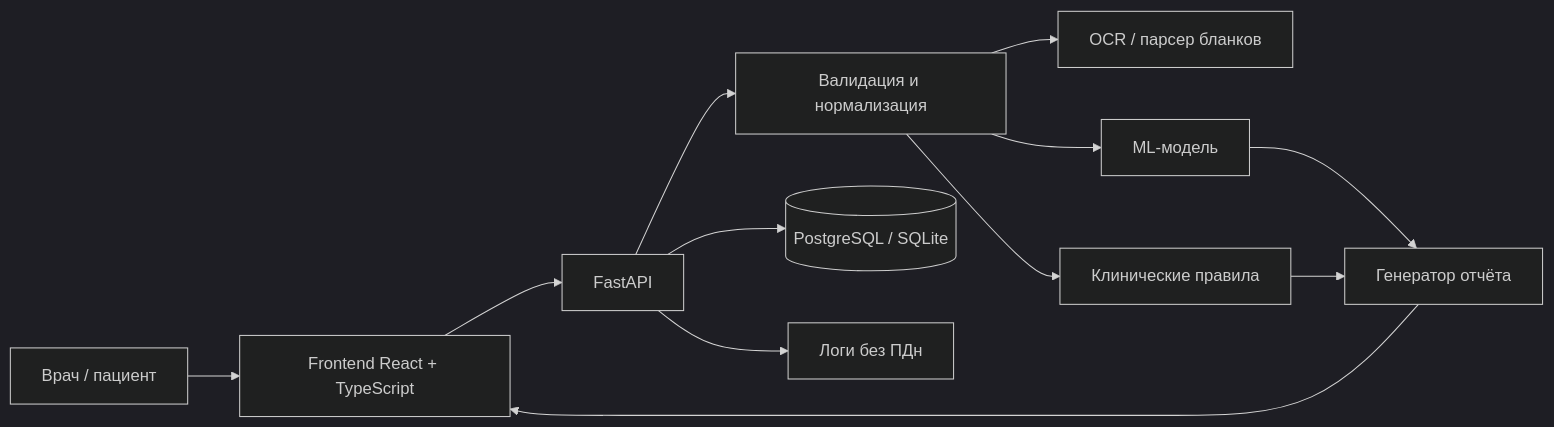
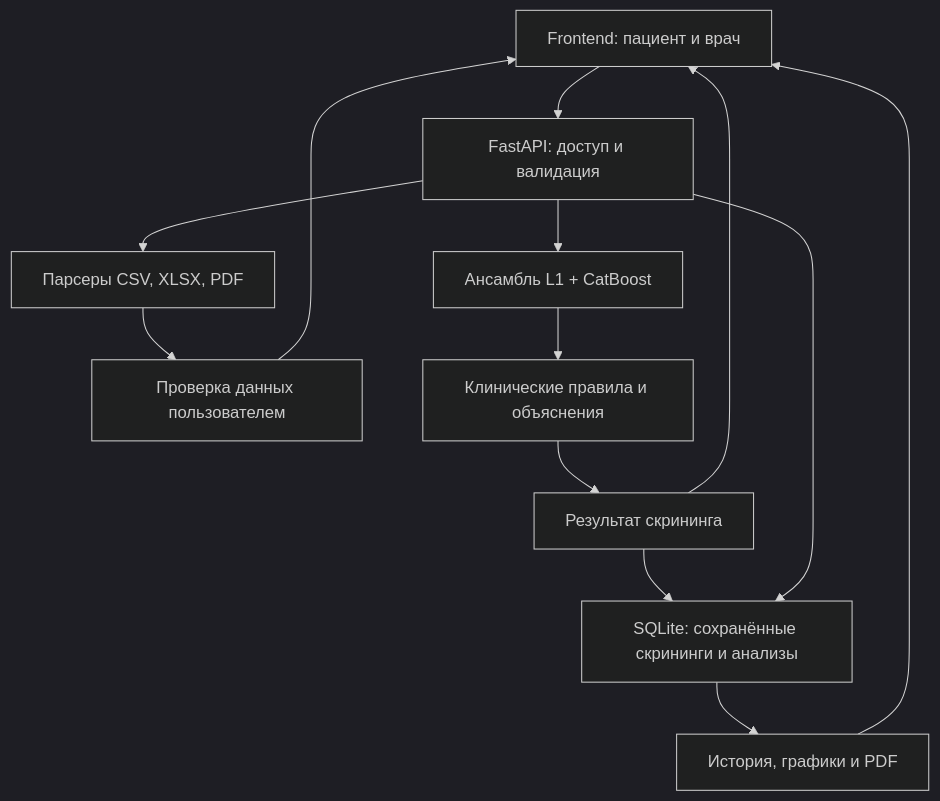
Before and after one commit to MaKudinets/Meditron_2026_Case_3: the diagram in README.md, drawn with Mermaid (dark theme). The commit also changed other lines of this file, not shown here.

````diff
--- a/README.md
+++ b/README.md
@@ -54,14 +65,15 @@
 ```mermaid
-flowchart LR
-    U[Врач / пациент] --> FE[Frontend React + TypeScript]
-    FE --> API[FastAPI]
-    API --> VAL[Валидация и нормализация]
-    VAL --> OCR[OCR / парсер бланков]
-    VAL --> ML[ML-модель]
-    VAL --> RULES[Клинические правила]
-    ML --> REPORT[Генератор отчёта]
-    RULES --> REPORT
-    REPORT --> FE
-    API --> DB[(PostgreSQL / SQLite)]
-    API --> LOGS[Логи без ПДн]
+flowchart TD
+    UI["Frontend: пациент и врач"] --> API["FastAPI: доступ и валидация"]
+    API --> Import["Парсеры CSV, XLSX, PDF"]
+    Import --> Preview["Проверка данных пользователем"]
+    Preview --> UI
+    API --> ML["Ансамбль L1 + CatBoost"]
+    ML --> Expert["Клинические правила и объяснения"]
+    Expert --> Result["Результат скрининга"]
+    Result --> UI
+    Result --> DB["SQLite: сохранённые скрининги и анализы"]
+    API --> DB
+    DB --> Export["История, графики и PDF"]
+    Export --> UI
 ```
````
